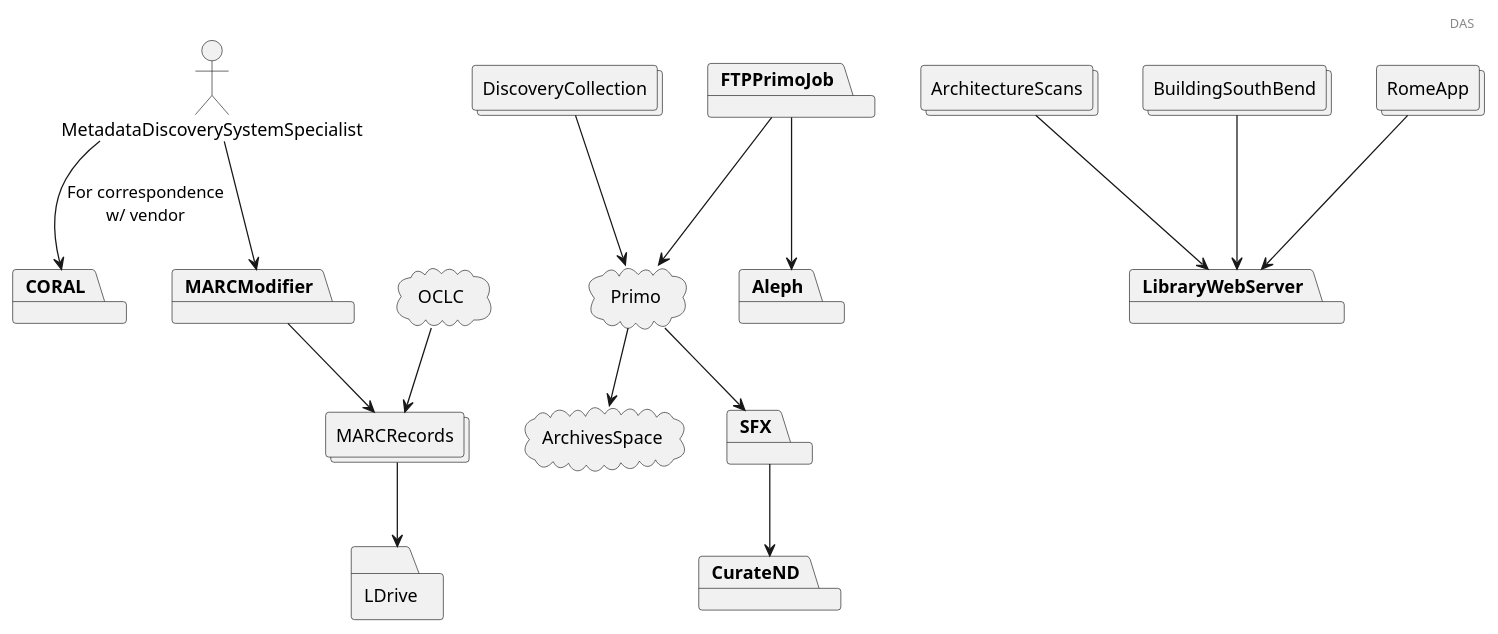
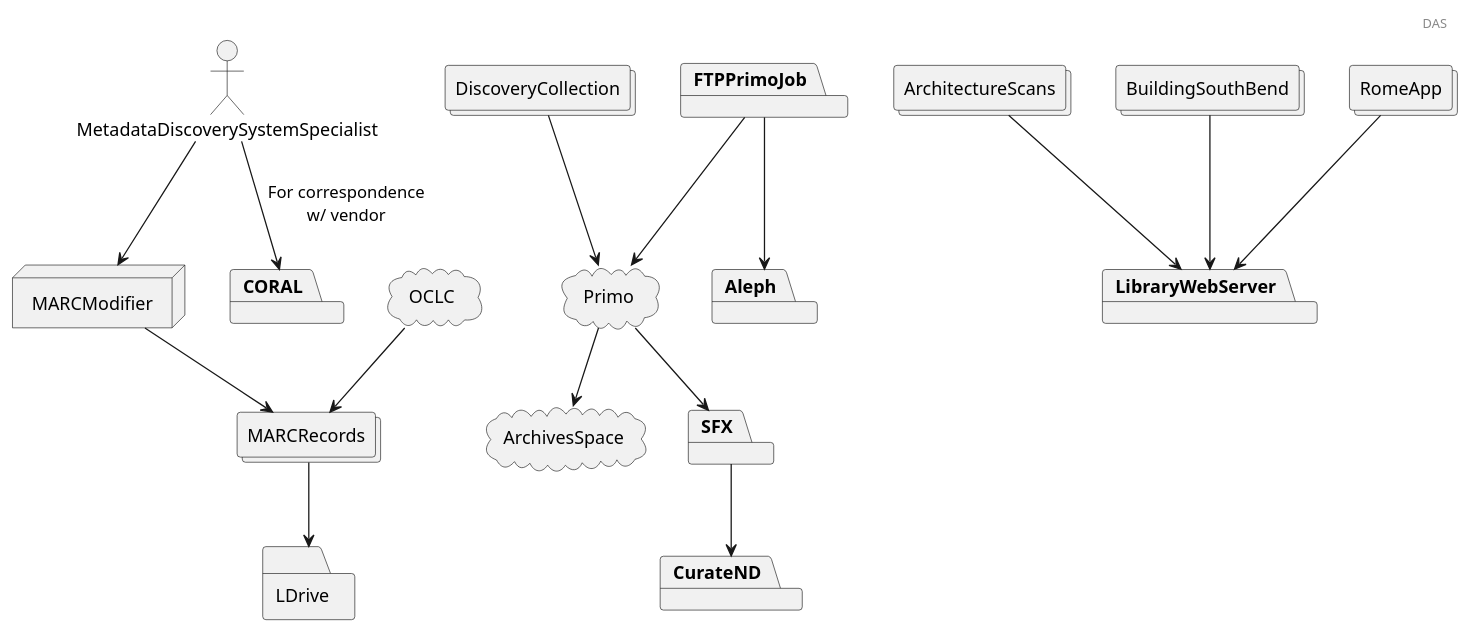
The diagram in plantuml/das.puml (ndlib/dam-ecosystem-mapping), drawn with PlantUML before and after one commit. The commit also changed 5 other files, not shown here.

```diff
--- a/plantuml/das.puml
+++ b/plantuml/das.puml
@@ -10,39 +10,39 @@
 @startuml
 
 header DAS
 
 actor MetadataDiscoverySystemSpecialist
 cloud ArchivesSpace
 cloud OCLC
 cloud Primo
 collections ArchitectureScans
 collections BuildingSouthBend
 collections DiscoveryCollection
 collections MARCRecords
 collections RomeApp
 folder LDrive
+node MARCModifier
 package Aleph
 package CORAL
 package CurateND
 package FTPPrimoJob
 package LibraryWebServer
-package MARCModifier
 package SFX
 
 ArchitectureScans --> LibraryWebServer
 BuildingSouthBend --> LibraryWebServer
 MetadataDiscoverySystemSpecialist --> MARCModifier
 MetadataDiscoverySystemSpecialist --> CORAL : For correspondence\nw/ vendor
 DiscoveryCollection --> Primo
 FTPPrimoJob --> Aleph
 FTPPrimoJob --> Primo
 MARCModifier --> MARCRecords
 MARCRecords --> LDrive
 OCLC --> MARCRecords
 Primo --> ArchivesSpace
 Primo --> SFX
 RomeApp --> LibraryWebServer
 SFX --> CurateND
 
 
 @enduml
```
